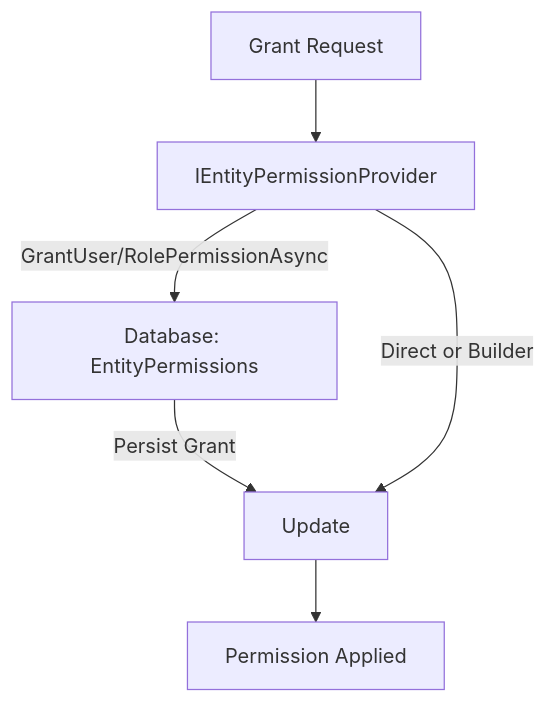
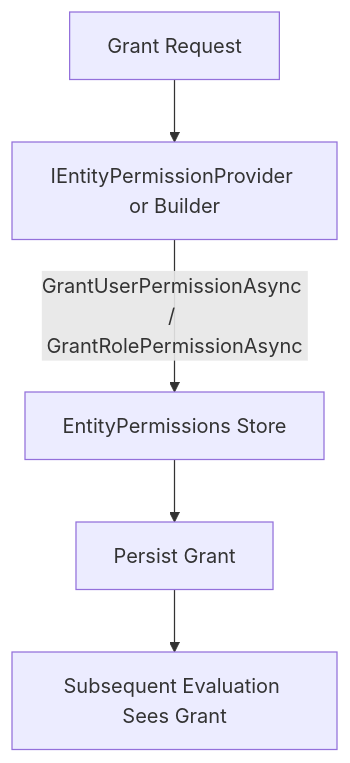
One commit to BridgingIT-GmbH/bITdevKit changed the second of 2 diagrams in docs/features-entitypermissions.md. Above: the diagram before and after it, drawn with Mermaid. The commit also changed other lines of this file and 21 other files, not shown here.

````diff
--- a/docs/features-entitypermissions.md
+++ b/docs/features-entitypermissions.md
@@ -54,8 +68,7 @@
 ```mermaid
 graph TD
-    L[Grant Request] --> M[IEntityPermissionProvider]
-    M -->|GrantUser/RolePermissionAsync| N[Database: EntityPermissions]
-    N -->|Persist Grant| O[Update]
-    M -->|Direct or Builder| O
-    O --> Q[Permission Applied]
+    L[Grant Request] --> M[IEntityPermissionProvider or Builder]
+    M -->|GrantUserPermissionAsync / GrantRolePermissionAsync| N[EntityPermissions Store]
+    N --> O[Persist Grant]
+    O --> P[Subsequent Evaluation Sees Grant]
 ```
````
